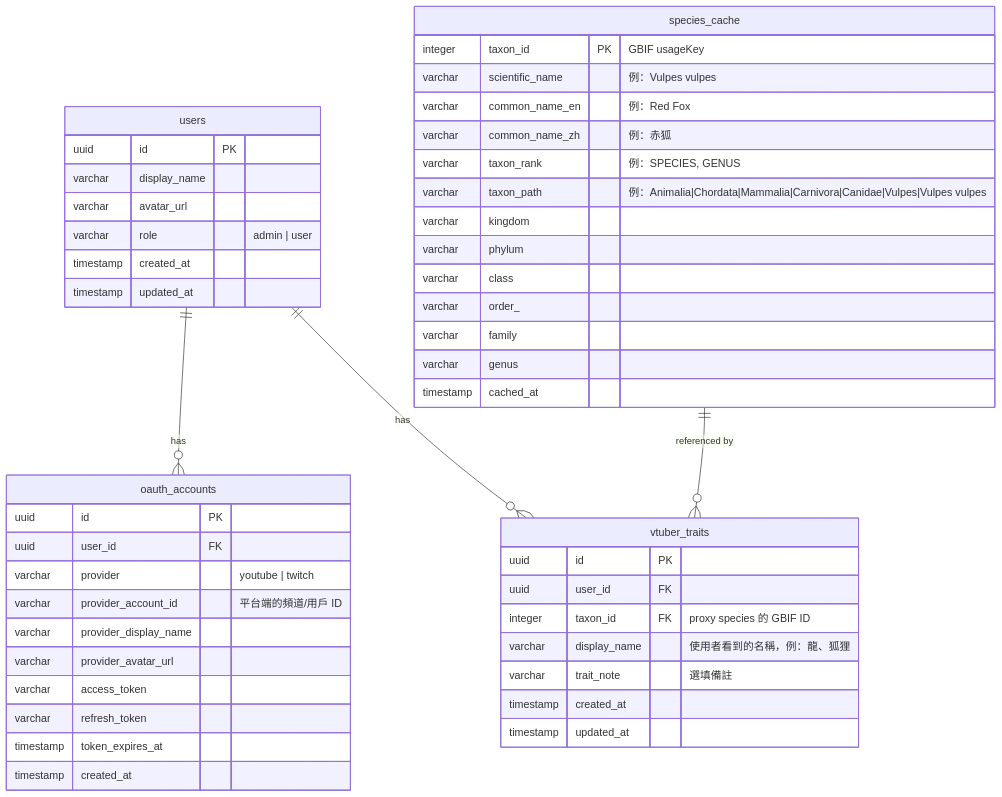
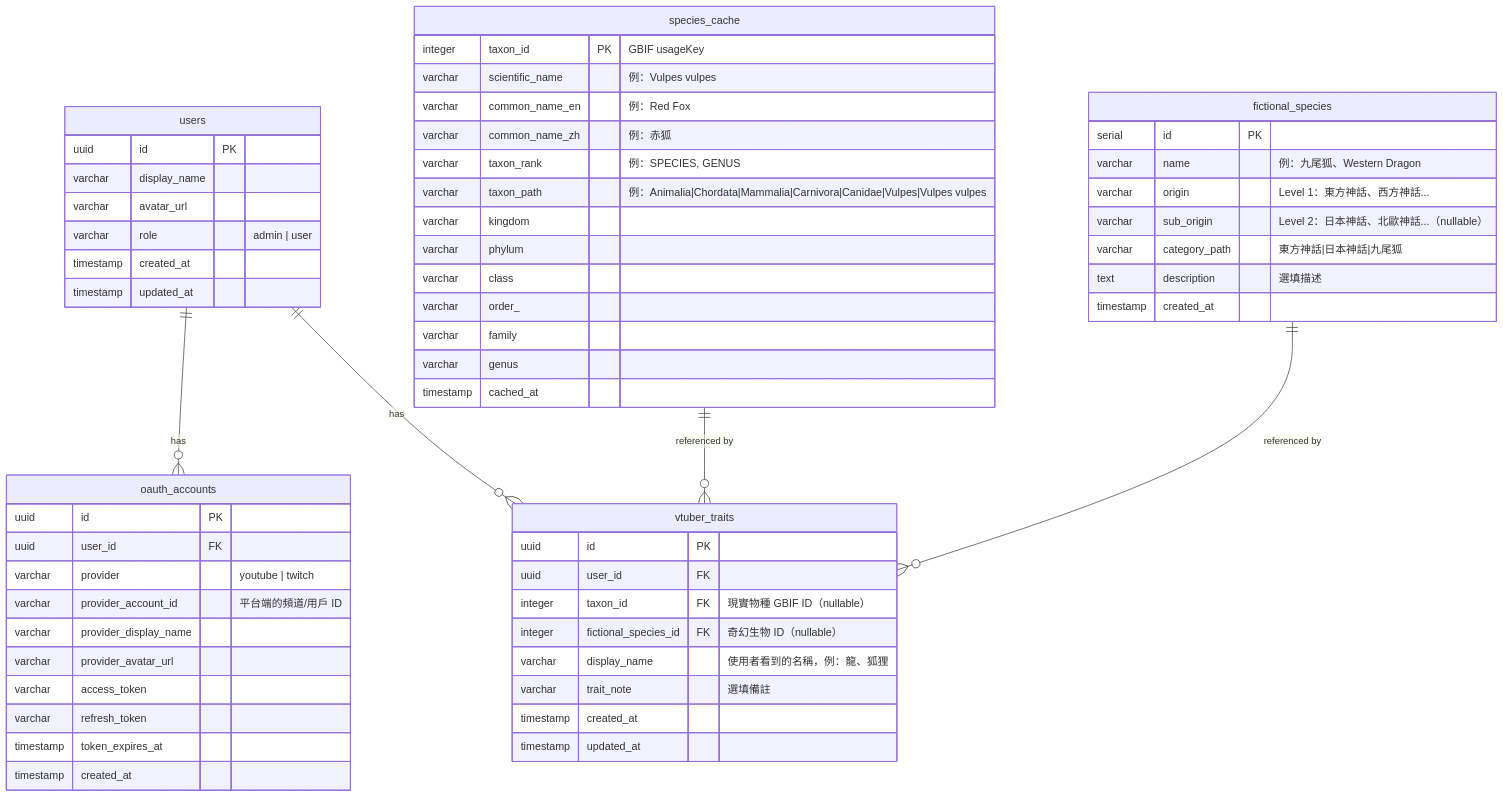
Before and after one commit to WasabiPingKak/VTaxon: the diagram in docs/data-model.md, drawn with Mermaid. The commit also changed other lines of this file and 4 other files, not shown here.

First line of the commit message:
feat: add independent fictional species classification system

````diff
--- a/docs/data-model.md
+++ b/docs/data-model.md
@@ -18,54 +18,66 @@
 ```mermaid
 erDiagram
     users ||--o{ oauth_accounts : "has"
     users ||--o{ vtuber_traits : "has"
     species_cache ||--o{ vtuber_traits : "referenced by"
+    fictional_species ||--o{ vtuber_traits : "referenced by"
 
     users {
         uuid id PK
         varchar display_name
         varchar avatar_url
         varchar role "admin | user"
         timestamp created_at
         timestamp updated_at
     }
 
     oauth_accounts {
         uuid id PK
         uuid user_id FK
         varchar provider "youtube | twitch"
         varchar provider_account_id "平台端的頻道/用戶 ID"
         varchar provider_display_name
         varchar provider_avatar_url
         varchar access_token
         varchar refresh_token
         timestamp token_expires_at
         timestamp created_at
     }
 
     species_cache {
         integer taxon_id PK "GBIF usageKey"
         varchar scientific_name "例：Vulpes vulpes"
         varchar common_name_en "例：Red Fox"
         varchar common_name_zh "例：赤狐"
         varchar taxon_rank "例：SPECIES, GENUS"
         varchar taxon_path "例：Animalia|Chordata|Mammalia|Carnivora|Canidae|Vulpes|Vulpes vulpes"
         varchar kingdom
         varchar phylum
         varchar class
         varchar order_
         varchar family
         varchar genus
         timestamp cached_at
     }
 
+    fictional_species {
+        serial id PK
+        varchar name "例：九尾狐、Western Dragon"
+        varchar origin "Level 1：東方神話、西方神話..."
+        varchar sub_origin "Level 2：日本神話、北歐神話...（nullable）"
+        varchar category_path "東方神話|日本神話|九尾狐"
+        text description "選填描述"
+        timestamp created_at
+    }
+
     vtuber_traits {
         uuid id PK
         uuid user_id FK
-        integer taxon_id FK "proxy species 的 GBIF ID"
+        integer taxon_id FK "現實物種 GBIF ID（nullable）"
+        integer fictional_species_id FK "奇幻生物 ID（nullable）"
         varchar display_name "使用者看到的名稱，例：龍、狐狸"
         varchar trait_note "選填備註"
         timestamp created_at
         timestamp updated_at
     }
 ```
````
